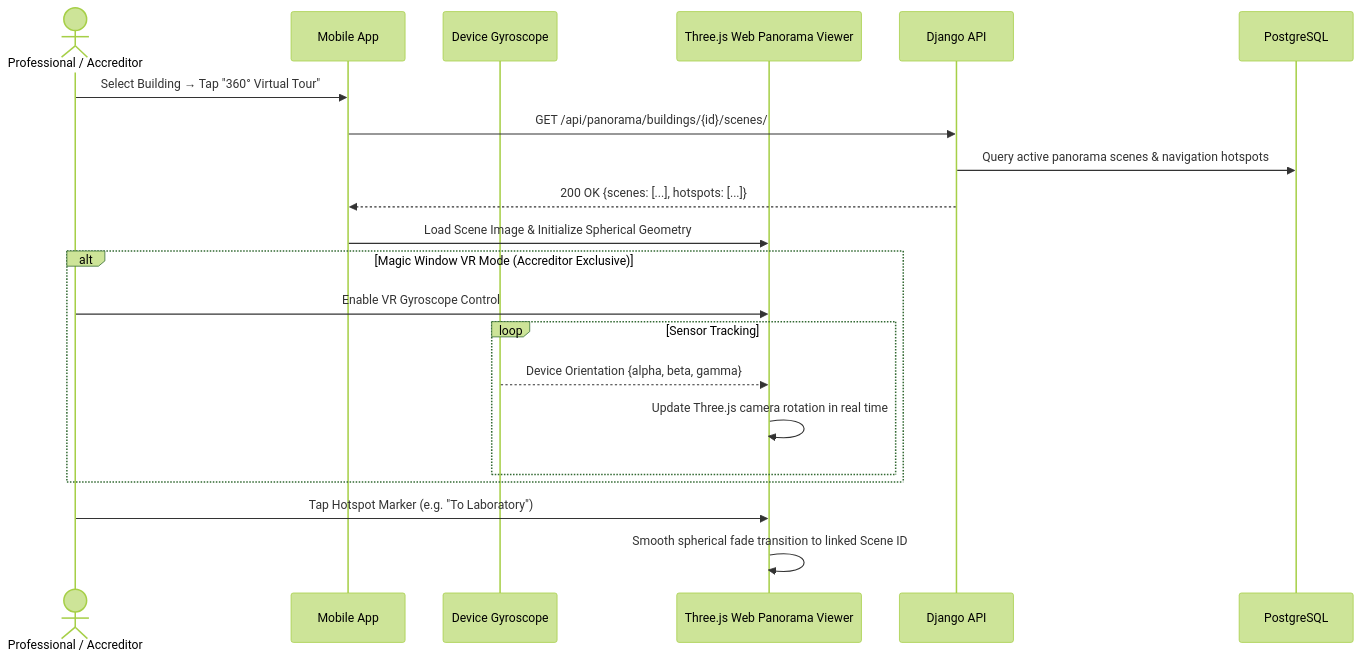
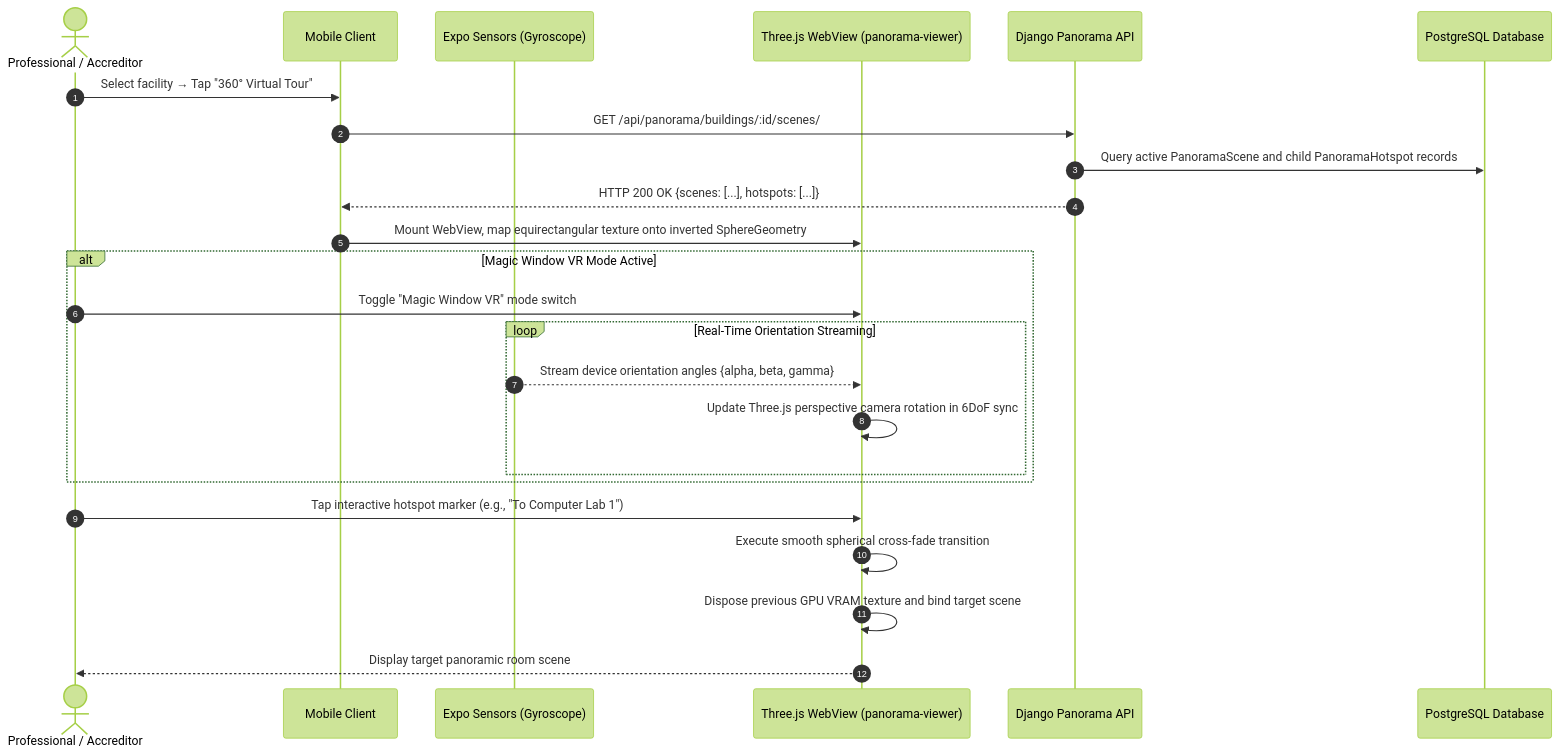
One commit to Cipher-Syntax/ARQuest changed the fifth of 11 diagrams in data-flow.md. Above: the diagram before and after it, drawn with Mermaid (forest theme). The commit also changed other lines of this file and 8 other files, not shown here.

Commit message:
Updated: documentation + diagrams

````diff
--- a/data-flow.md
+++ b/data-flow.md
@@ -140,26 +173,29 @@
 ```mermaid
 sequenceDiagram
-    actor Accreditor as Professional / Accreditor
-    participant App as Mobile App
-    participant Gyro as Device Gyroscope
-    participant ThreeJS as Three.js Web Panorama Viewer
-    participant API as Django API
-    participant DB as PostgreSQL
+    autonumber
+    actor Prof as Professional / Accreditor
+    participant App as Mobile Client
+    participant Gyro as Expo Sensors (Gyroscope)
+    participant ThreeJS as Three.js WebView (panorama-viewer)
+    participant API as Django Panorama API
+    participant DB as PostgreSQL Database
 
-    Accreditor->>App: Select Building → Tap "360° Virtual Tour"
-    App->>API: GET /api/panorama/buildings/{id}/scenes/
-    API->>DB: Query active panorama scenes & navigation hotspots
-    API-->>App: 200 OK {scenes: [...], hotspots: [...]}
-    App->>ThreeJS: Load Scene Image & Initialize Spherical Geometry
+    Prof->>App: Select facility → Tap "360° Virtual Tour"
+    App->>API: GET /api/panorama/buildings/:id/scenes/
+    API->>DB: Query active PanoramaScene and child PanoramaHotspot records
+    API-->>App: HTTP 200 OK {scenes: [...], hotspots: [...]}
+    App->>ThreeJS: Mount WebView, map equirectangular texture onto inverted SphereGeometry
 
-    alt Magic Window VR Mode (Accreditor Exclusive)
-        Accreditor->>ThreeJS: Enable VR Gyroscope Control
-        loop Sensor Tracking
-            Gyro-->>ThreeJS: Device Orientation {alpha, beta, gamma}
-            ThreeJS->>ThreeJS: Update Three.js camera rotation in real time
+    alt Magic Window VR Mode Active
+        Prof->>ThreeJS: Toggle "Magic Window VR" mode switch
+        loop Real-Time Orientation Streaming
+            Gyro-->>ThreeJS: Stream device orientation angles {alpha, beta, gamma}
+            ThreeJS->>ThreeJS: Update Three.js perspective camera rotation in 6DoF sync
         end
     end
 
-    Accreditor->>ThreeJS: Tap Hotspot Marker (e.g. "To Laboratory")
-    ThreeJS->>ThreeJS: Smooth spherical fade transition to linked Scene ID
+    Prof->>ThreeJS: Tap interactive hotspot marker (e.g., "To Computer Lab 1")
+    ThreeJS->>ThreeJS: Execute smooth spherical cross-fade transition
+    ThreeJS->>ThreeJS: Dispose previous GPU VRAM texture and bind target scene
+    ThreeJS-->>Prof: Display target panoramic room scene
 ```
````
